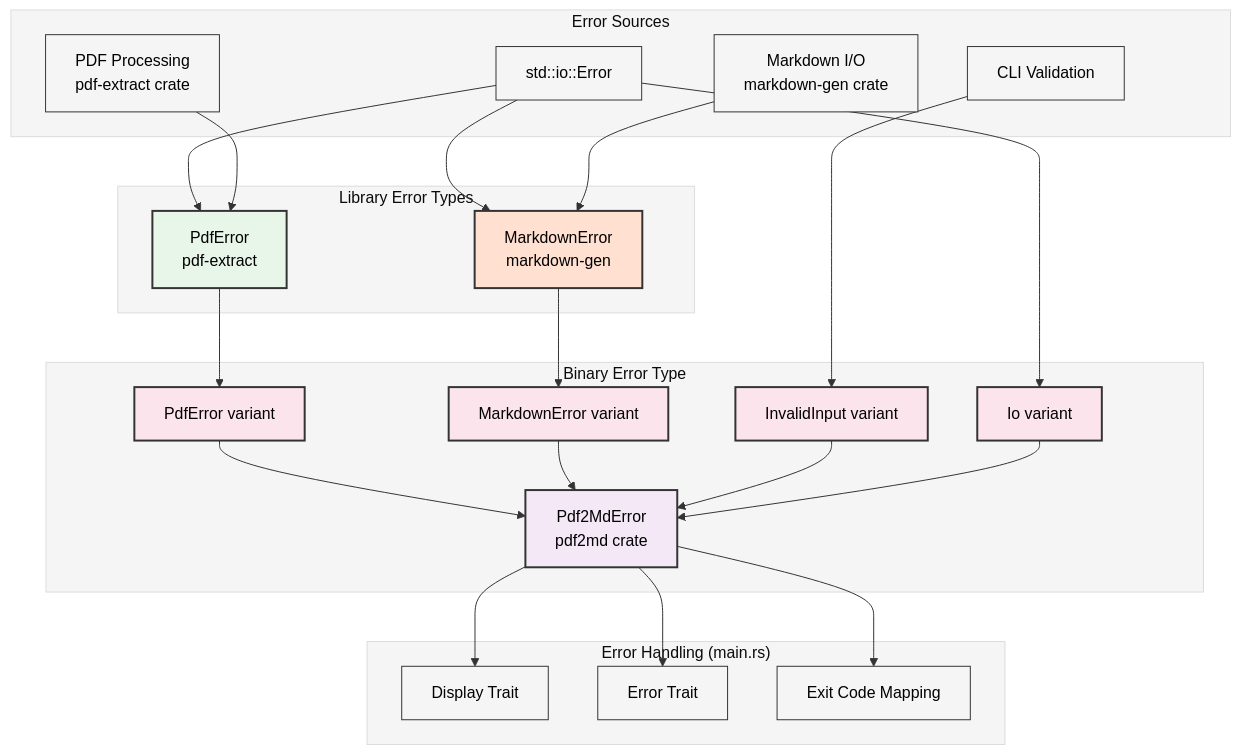
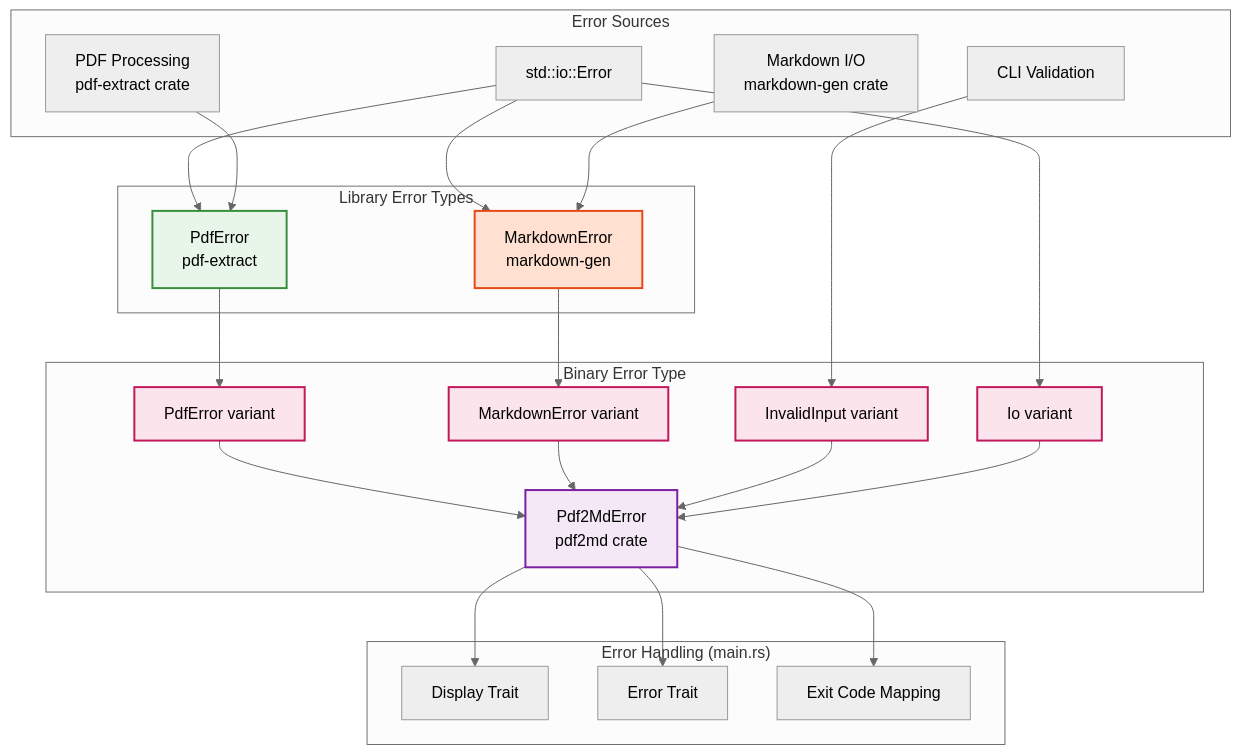
The first of 2 diagrams in wiki/Error-Handling-Component.md (softwarewrighter/pdf2md), drawn with Mermaid before and after one commit. The commit also changed 7 other files, not shown here.

First line of the commit message:
fix: update mermaid diagrams for GitHub dark mode compatibility

````diff
--- a/wiki/Error-Handling-Component.md
+++ b/wiki/Error-Handling-Component.md
@@ -21,56 +21,56 @@
 ```mermaid
-%%{init: {'theme':'base', 'themeVariables': {'primaryColor':'#f5f5f5','primaryTextColor':'#000','primaryBorderColor':'#333','lineColor':'#333','secondaryColor':'#f5f5f5','tertiaryColor':'#f5f5f5'}}}%%
+%%{init: {'theme':'neutral'}}%%
 graph TB
     subgraph "Error Sources"
         A[std::io::Error]
         B[CLI Validation]
         C[PDF Processing<br/>pdf-extract crate]
         D[Markdown I/O<br/>markdown-gen crate]
     end
 
     subgraph "Library Error Types"
         E[PdfError<br/>pdf-extract]
         F[MarkdownError<br/>markdown-gen]
     end
 
     subgraph "Binary Error Type"
         G[Pdf2MdError<br/>pdf2md crate]
         H[InvalidInput variant]
         I[PdfError variant]
         J[MarkdownError variant]
         K[Io variant]
     end
 
     subgraph "Error Handling (main.rs)"
         L[Display Trait]
         M[Error Trait]
         N[Exit Code Mapping]
     end
 
     A --> E
     A --> F
     C --> E
     D --> F
 
     E --> I
     F --> J
     B --> H
     A --> K
 
     I --> G
     J --> G
     H --> G
     K --> G
 
     G --> L
     G --> M
     G --> N
 
-    style E fill:#e8f5e9,stroke:#333,stroke-width:2px,color:#000
-    style F fill:#ffe0d1,stroke:#333,stroke-width:2px,color:#000
-    style G fill:#f4e8f7,stroke:#333,stroke-width:2px,color:#000
-    style H fill:#fce4ec,stroke:#333,stroke-width:2px,color:#000
-    style I fill:#fce4ec,stroke:#333,stroke-width:2px,color:#000
-    style J fill:#fce4ec,stroke:#333,stroke-width:2px,color:#000
-    style K fill:#fce4ec,stroke:#333,stroke-width:2px,color:#000
+    style E fill:#e8f5e9,stroke:#388e3c,stroke-width:2px
+    style F fill:#ffe0d1,stroke:#e64a19,stroke-width:2px
+    style G fill:#f4e8f7,stroke:#7b1fa2,stroke-width:2px
+    style H fill:#fce4ec,stroke:#c2185b,stroke-width:2px
+    style I fill:#fce4ec,stroke:#c2185b,stroke-width:2px
+    style J fill:#fce4ec,stroke:#c2185b,stroke-width:2px
+    style K fill:#fce4ec,stroke:#c2185b,stroke-width:2px
 ```
````
